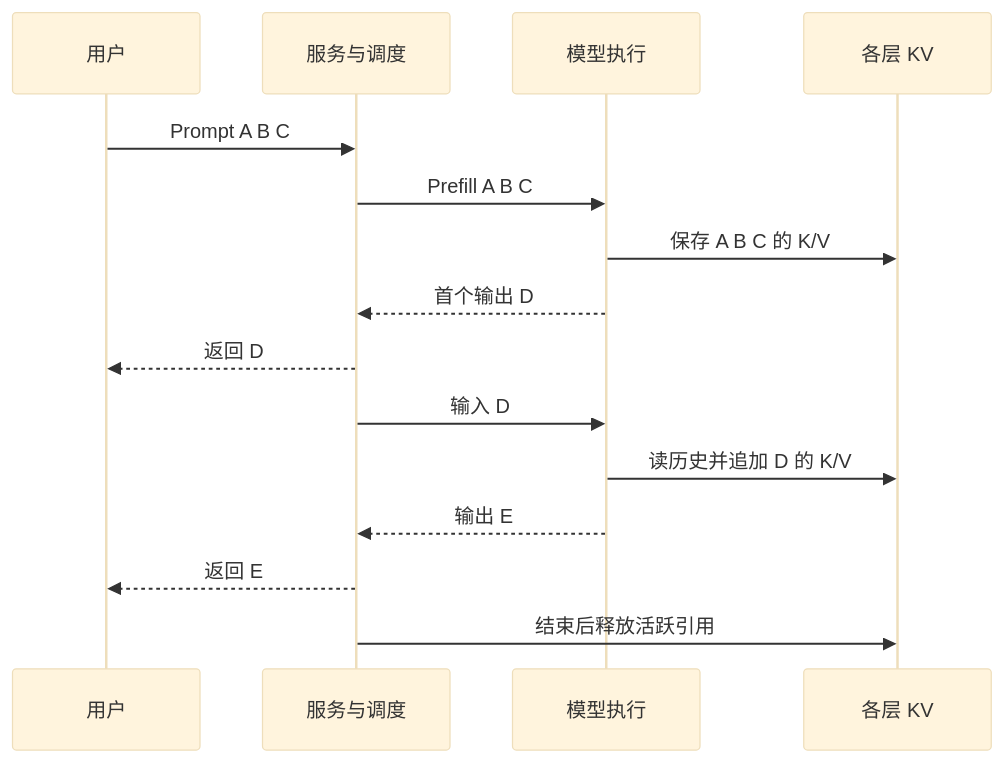
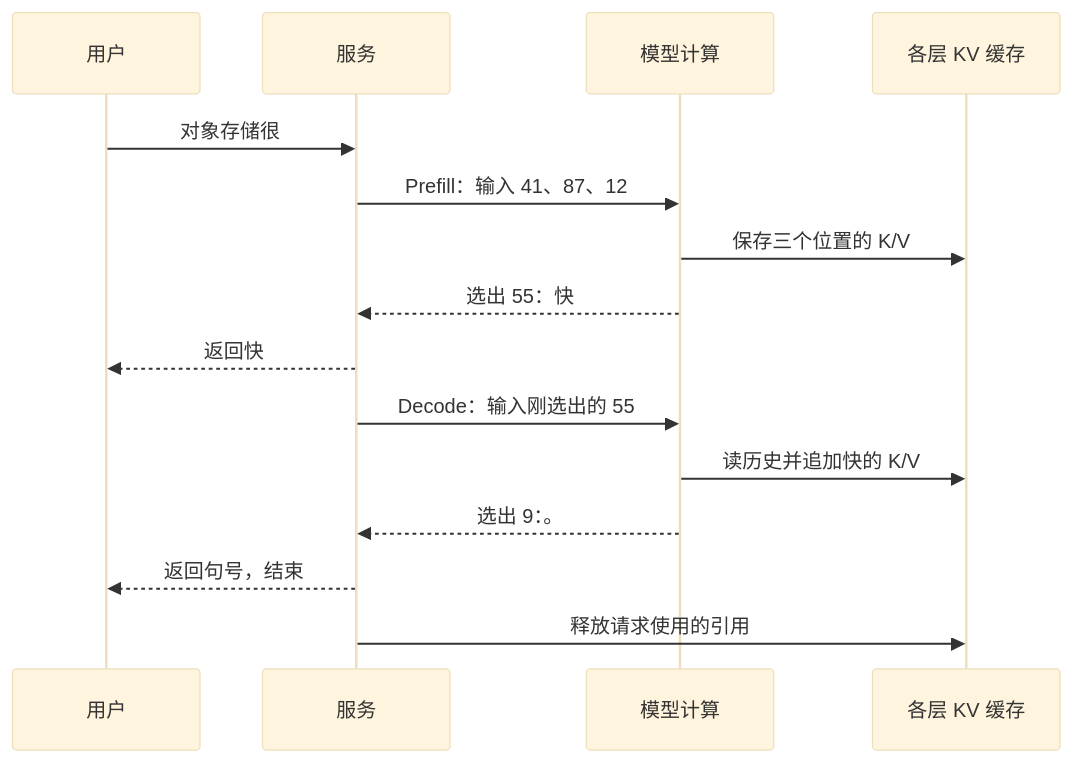
One commit to miauyle/ai-storage-notes changed the diagram in _docs/00b_LLM_Inference.md. Above: the diagram before and after it, drawn with Mermaid (base theme). The commit also changed other lines of this file and 6 other files, not shown here.

````diff
--- a/_docs/00b_LLM_Inference.md
+++ b/_docs/00b_LLM_Inference.md
@@ -37,17 +75,17 @@
 ```mermaid
 sequenceDiagram
     participant U as 用户
-    participant S as 服务与调度
-    participant G as 模型执行
-    participant K as 各层 KV
-    U->>S: Prompt A B C
-    S->>G: Prefill A B C
-    G->>K: 保存 A B C 的 K/V
-    G-->>S: 首个输出 D
-    S-->>U: 返回 D
-    S->>G: 输入 D
-    G->>K: 读历史并追加 D 的 K/V
-    G-->>S: 输出 E
-    S-->>U: 返回 E
-    S->>K: 结束后释放活跃引用
+    participant S as 服务
+    participant G as 模型计算
+    participant K as 各层 KV 缓存
+    U->>S: 对象存储很
+    S->>G: Prefill：输入 41、87、12
+    G->>K: 保存三个位置的 K/V
+    G-->>S: 选出 55：快
+    S-->>U: 返回快
+    S->>G: Decode：输入刚选出的 55
+    G->>K: 读历史并追加快的 K/V
+    G-->>S: 选出 9：。
+    S-->>U: 返回句号，结束
+    S->>K: 释放请求使用的引用
 ```
````
